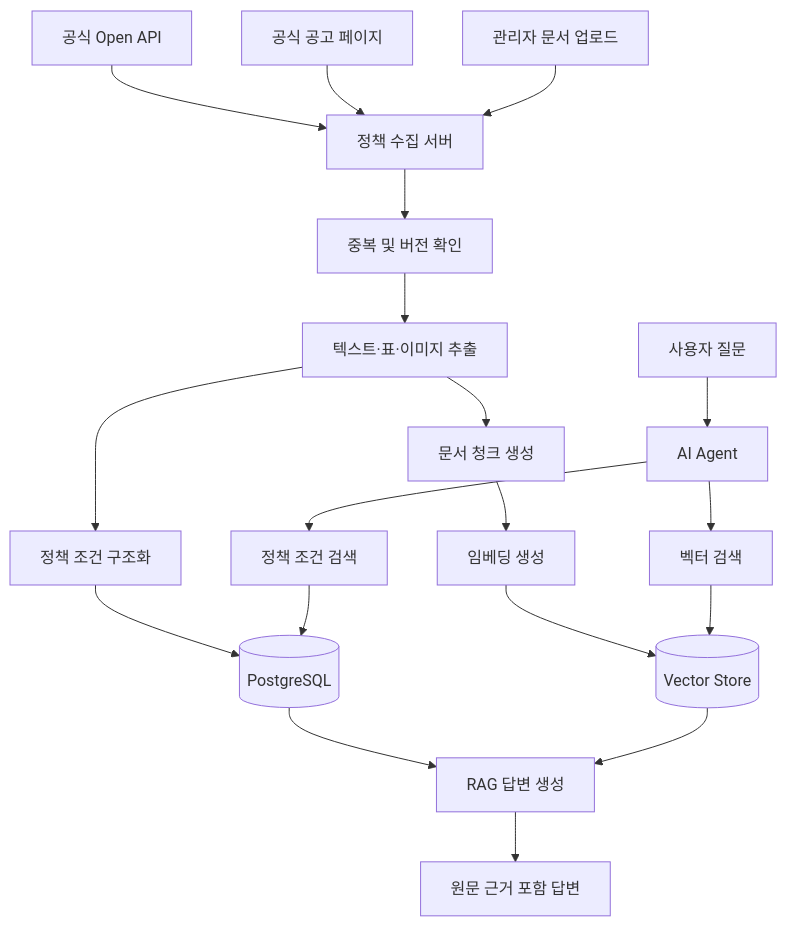
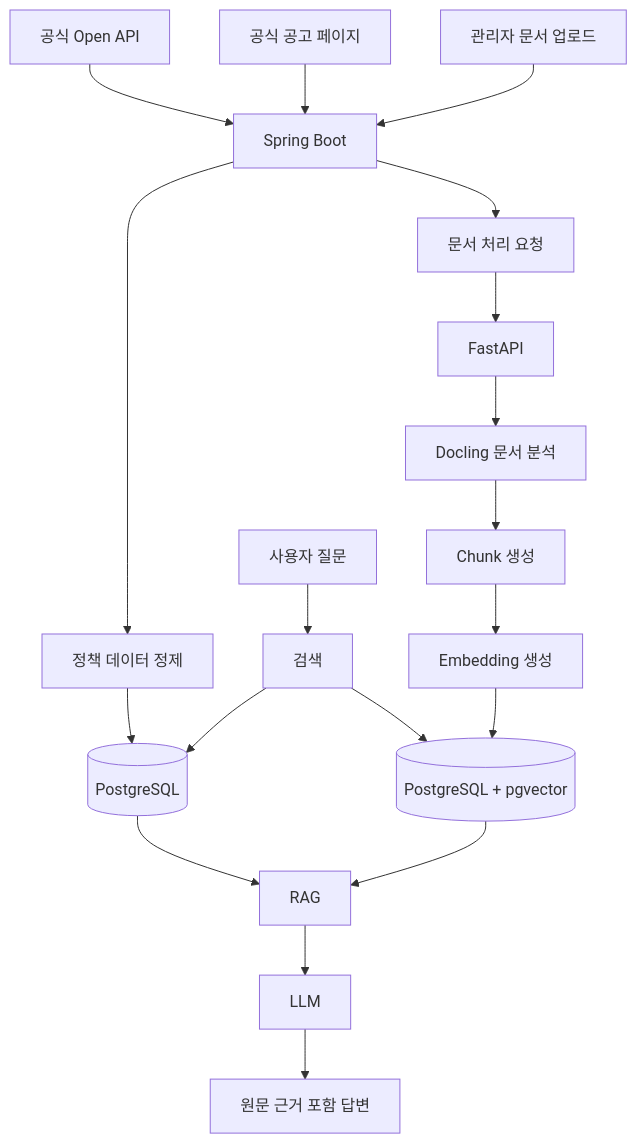
Before and after one commit to developing-jihye/youth-policy-ai: the diagram in README.md, drawn with Mermaid. The commit also changed other lines of this file, not shown here.

Commit message:
docs: update README with solo development stack and roadmap

````diff
--- a/README.md
+++ b/README.md
@@ -237,25 +314,28 @@
 ```mermaid
 flowchart TD
-    A[공식 Open API] --> D[정책 수집 서버]
+
+    A[공식 Open API] --> D[Spring Boot]
     B[공식 공고 페이지] --> D
     C[관리자 문서 업로드] --> D
 
-    D --> E[중복 및 버전 확인]
-    E --> F[텍스트·표·이미지 추출]
-    F --> G[정책 조건 구조화]
-    F --> H[문서 청크 생성]
-    H --> I[임베딩 생성]
+    D --> E[정책 데이터 정제]
+    E --> F[(PostgreSQL)]
 
-    G --> J[(PostgreSQL)]
-    I --> K[(Vector Store)]
+    D --> G[문서 처리 요청]
+    G --> H[FastAPI]
 
-    L[사용자 질문] --> M[AI Agent]
-    M --> N[정책 조건 검색]
-    M --> O[벡터 검색]
-    N --> J
-    O --> K
+    H --> I[Docling 문서 분석]
+    I --> J[Chunk 생성]
+    J --> K[Embedding 생성]
+    K --> L[(PostgreSQL + pgvector)]
 
-    J --> P[RAG 답변 생성]
-    K --> P
+    M[사용자 질문] --> N[검색]
+    N --> F
+    N --> L
+
+    F --> O[RAG]
+    L --> O
+
+    O --> P[LLM]
     P --> Q[원문 근거 포함 답변]
 ```
````
